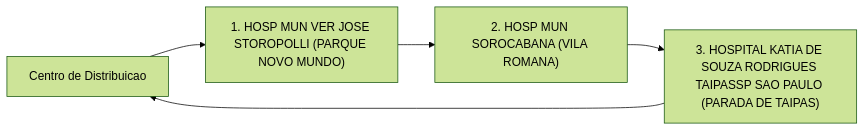
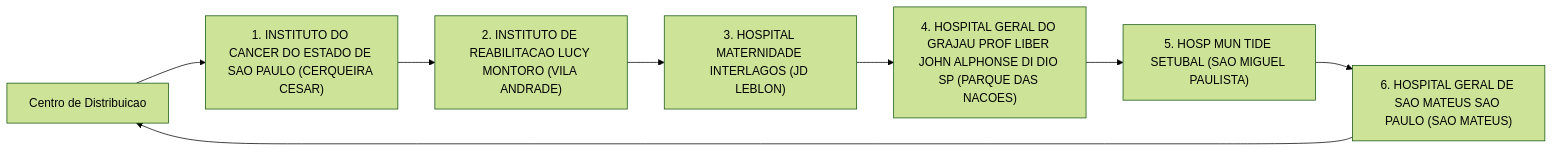
Before and after one commit to victorldomingues/pos_fiap_ia_fase2_tech_challenge: the sixth of 11 diagrams in tsp/output/instrucoes_motoristas.md, drawn with Mermaid (forest theme). The commit also changed other lines of this file and 6 other files, not shown here.

````diff
--- a/tsp/output/instrucoes_motoristas.md
+++ b/tsp/output/instrucoes_motoristas.md
@@ -379,11 +375,17 @@
 ```mermaid
 flowchart LR
     deposito["Centro de Distribuicao"]
-    parada_1["1. HOSP MUN VER JOSE STOROPOLLI (PARQUE NOVO MUNDO)"]
+    parada_1["1. INSTITUTO DO CANCER DO ESTADO DE SAO PAULO (CERQUEIRA CESAR)"]
     deposito --> parada_1
-    parada_2["2. HOSP MUN SOROCABANA (VILA ROMANA)"]
+    parada_2["2. INSTITUTO DE REABILITACAO LUCY MONTORO (VILA ANDRADE)"]
     parada_1 --> parada_2
-    parada_3["3. HOSPITAL KATIA DE SOUZA RODRIGUES TAIPASSP SAO PAULO (PARADA DE TAIPAS)"]
+    parada_3["3. HOSPITAL MATERNIDADE INTERLAGOS (JD LEBLON)"]
     parada_2 --> parada_3
-    parada_3 --> deposito
+    parada_4["4. HOSPITAL GERAL DO GRAJAU PROF LIBER JOHN ALPHONSE DI DIO SP (PARQUE DAS NACOES)"]
+    parada_3 --> parada_4
+    parada_5["5. HOSP MUN TIDE SETUBAL (SAO MIGUEL PAULISTA)"]
+    parada_4 --> parada_5
+    parada_6["6. HOSPITAL GERAL DE SAO MATEUS SAO PAULO (SAO MATEUS)"]
+    parada_5 --> parada_6
+    parada_6 --> deposito
 ```
````
